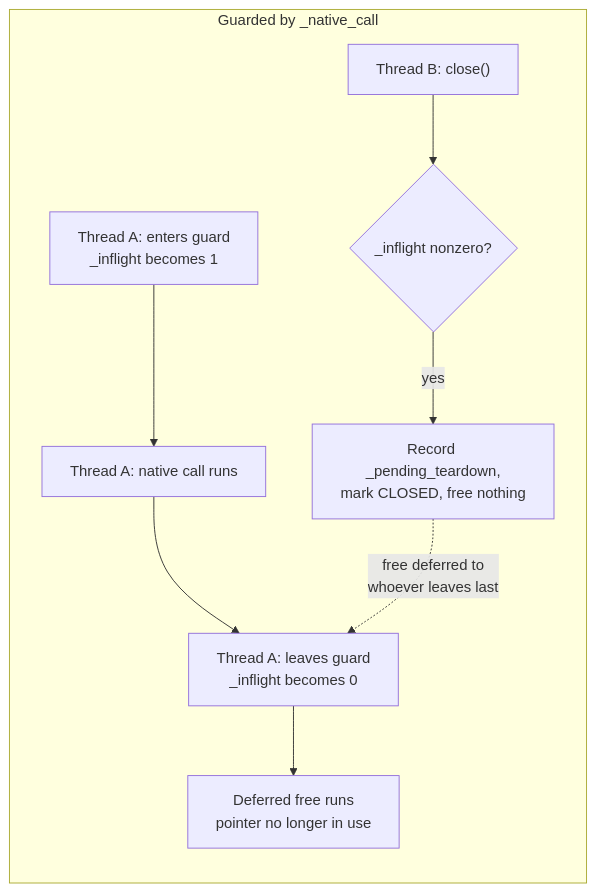
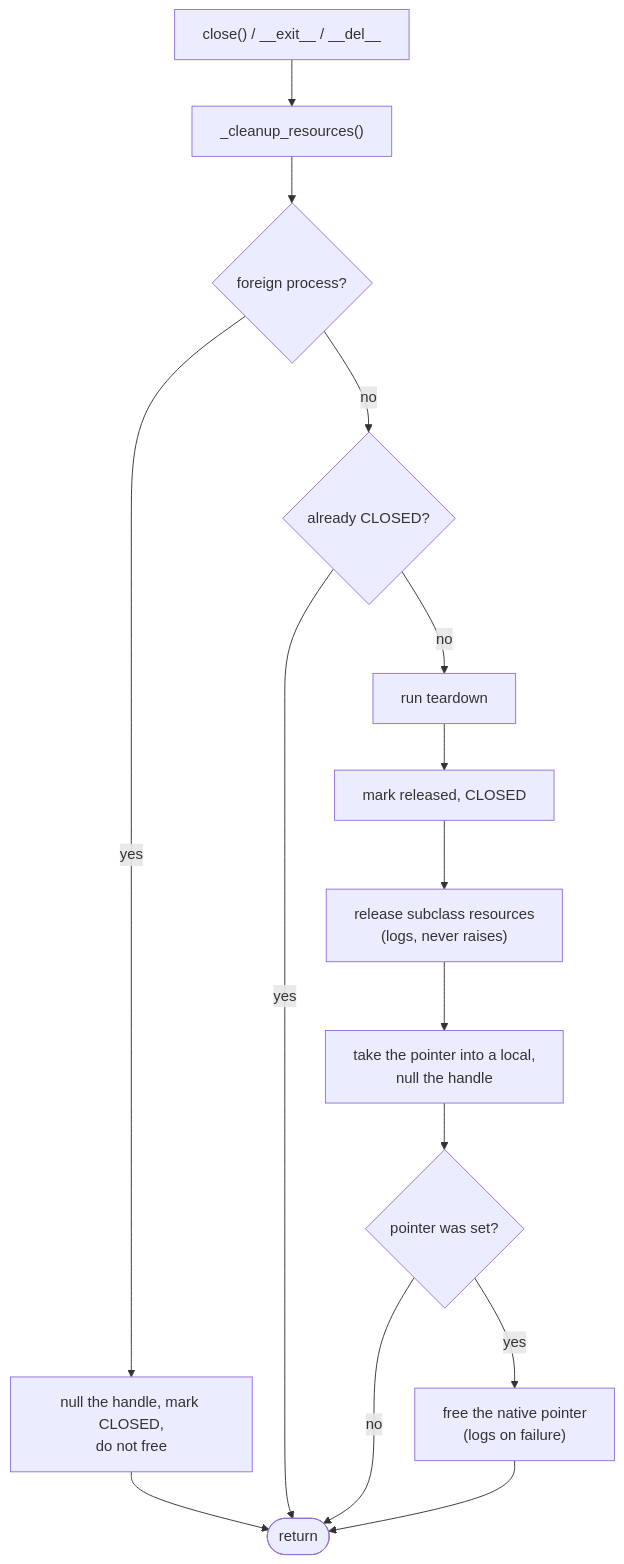
The sixth of 8 diagrams in docs/native-resources-management.md (contentauth/c2pa-python), drawn with Mermaid before and after one commit. The commit also changed other lines of this file and 5 other files, not shown here.

Commit message:
fix: Diagrams act as summary

````diff
--- a/docs/native-resources-management.md
+++ b/docs/native-resources-management.md
@@ -228,12 +336,15 @@
 ```mermaid
 flowchart TD
-    subgraph guarded [Guarded by _native_call]
-        direction TB
-        C1["Thread A: enters guard<br/>_inflight becomes 1"] --> C2["Thread A: native call runs"]
-        D1["Thread B: close()"] --> D2{"_inflight nonzero?"}
-        D2 -->|yes| D3["Record _pending_teardown,<br/>mark CLOSED, free nothing"]
-        C2 --> C3["Thread A: leaves guard<br/>_inflight becomes 0"]
-        D3 -.->|"free deferred to<br/>whoever leaves last"| C3
-        C3 --> C4["Deferred free runs<br/>pointer no longer in use"]
-    end
+    E["close() / __exit__ / __del__"] --> CR["_cleanup_resources()"]
+    CR --> FP{"foreign process?"}
+    FP -->|yes| N["null the handle, mark CLOSED,<br/>do not free"] --> DONE([return])
+    FP -->|no| ST{"already CLOSED?"}
+    ST -->|yes| DONE
+    ST -->|no| TD["run teardown"]
+    TD --> SET["mark released, CLOSED"]
+    SET --> REL["release subclass resources<br/>(logs, never raises)"]
+    REL --> NULL["take the pointer into a local,<br/>null the handle"]
+    NULL --> H{"pointer was set?"}
+    H -->|no| DONE
+    H -->|yes| FREE["free the native pointer<br/>(logs on failure)"] --> DONE
 ```
````
